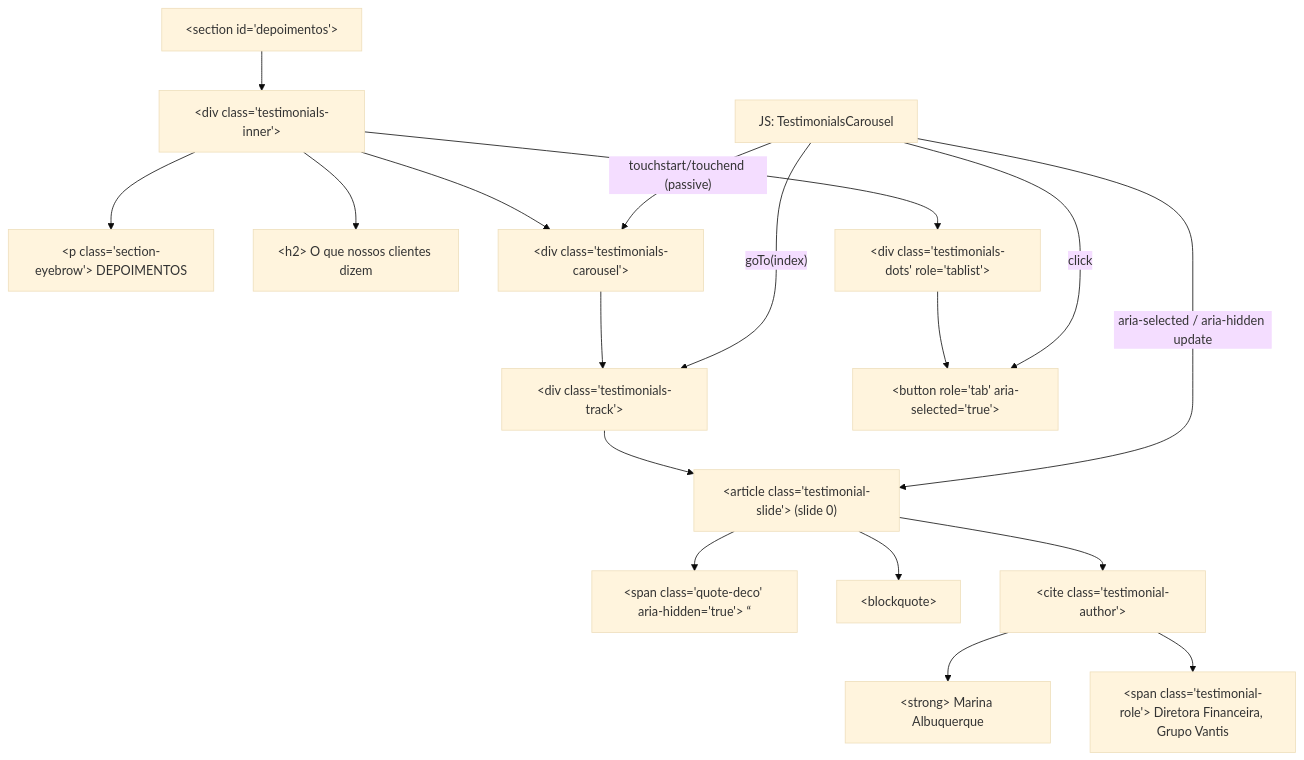
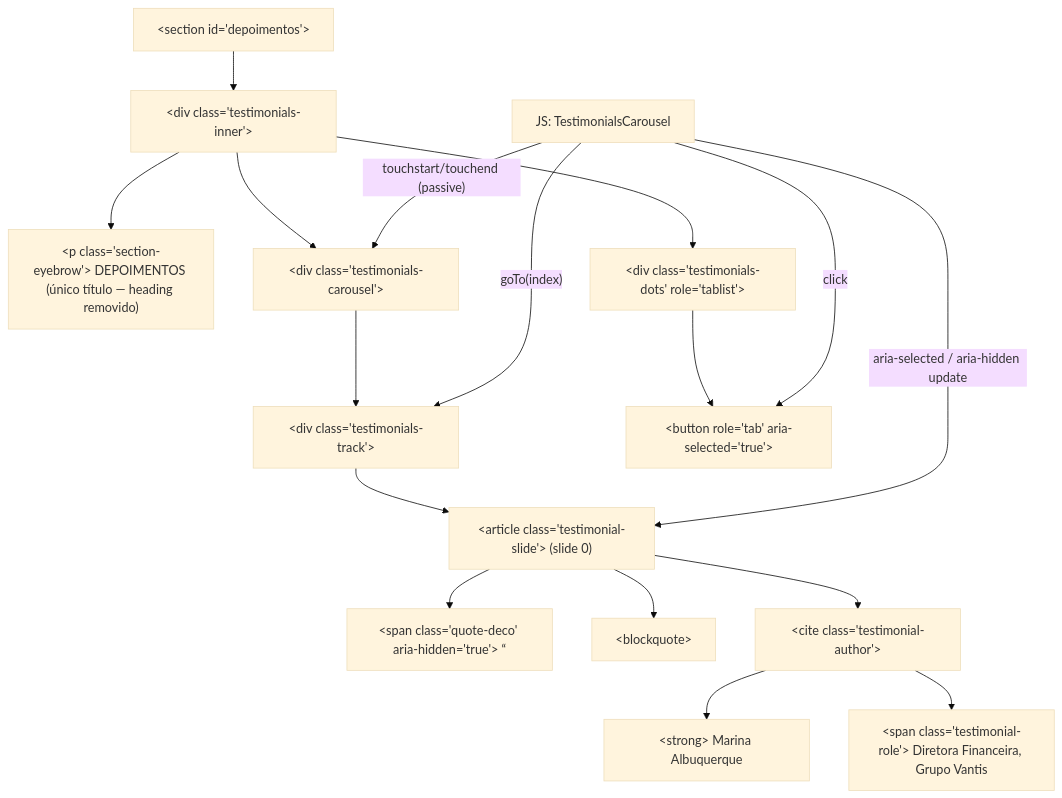
One commit to MaxxTak/landing-page changed the diagram in docs/specs/SPEC-US-07-depoimentos-prova-social.md. Above: the diagram before and after it, drawn with Mermaid (base theme). The commit also changed other lines of this file and 48 other files, not shown here.

````diff
--- a/docs/specs/SPEC-US-07-depoimentos-prova-social.md
+++ b/docs/specs/SPEC-US-07-depoimentos-prova-social.md
@@ -16,37 +18,35 @@
 ```mermaid
 graph TD
     SEC["&lt;section id='depoimentos'&gt;"]
     INNER["&lt;div class='testimonials-inner'&gt;"]
-    EYEBROW["&lt;p class='section-eyebrow'&gt; DEPOIMENTOS"]
-    HEADING["&lt;h2&gt; O que nossos clientes dizem"]
+    EYEBROW["&lt;p class='section-eyebrow'&gt; DEPOIMENTOS (único título — heading removido)"]
     CAROUSEL["&lt;div class='testimonials-carousel'&gt;"]
     TRACK["&lt;div class='testimonials-track'&gt;"]
     SLIDE_0["&lt;article class='testimonial-slide'&gt; (slide 0)"]
     QUOTE_DECO["&lt;span class='quote-deco' aria-hidden='true'&gt; &ldquo;"]
     BLOCKQUOTE["&lt;blockquote&gt;"]
     CITE["&lt;cite class='testimonial-author'&gt;"]
     NAME["&lt;strong&gt; Marina Albuquerque"]
     ROLE["&lt;span class='testimonial-role'&gt; Diretora Financeira, Grupo Vantis"]
     DOTS["&lt;div class='testimonials-dots' role='tablist'&gt;"]
     DOT_0["&lt;button role='tab' aria-selected='true'&gt;"]
 
     SEC --> INNER
     INNER --> EYEBROW
-    INNER --> HEADING
     INNER --> CAROUSEL
     CAROUSEL --> TRACK
     TRACK --> SLIDE_0
     SLIDE_0 --> QUOTE_DECO
     SLIDE_0 --> BLOCKQUOTE
     SLIDE_0 --> CITE
     CITE --> NAME
     CITE --> ROLE
     INNER --> DOTS
     DOTS --> DOT_0
 
     JS_CAROUSEL["JS: TestimonialsCarousel"]
     JS_CAROUSEL -->|"touchstart/touchend (passive)"| CAROUSEL
     JS_CAROUSEL -->|"click"| DOT_0
     JS_CAROUSEL -->|"goTo(index)"| TRACK
     JS_CAROUSEL -->|"aria-selected / aria-hidden update"| SLIDE_0
 ```
````
